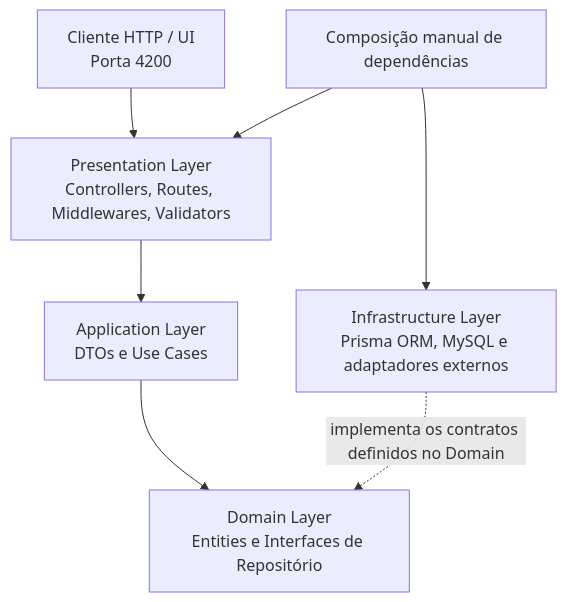
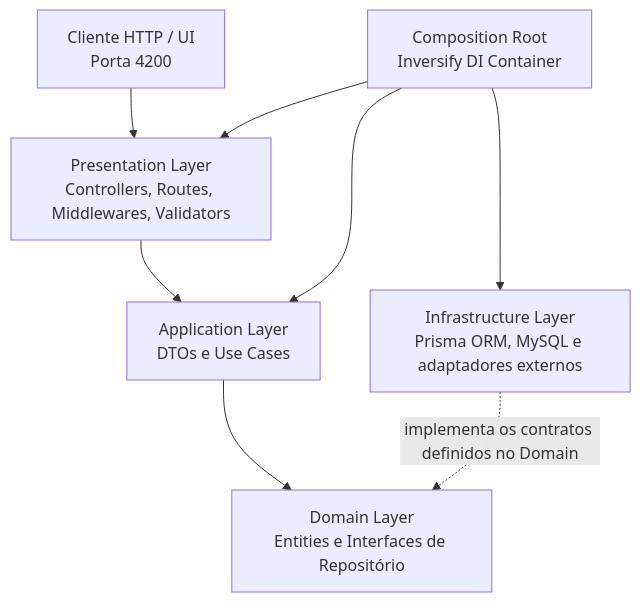
The diagram in README.md (DiegoSantos18/NATIVE.CustomerManagement.API), drawn with Mermaid before and after one commit. The commit also changed other lines of this file, not shown here.

````diff
--- a/README.md
+++ b/README.md
@@ -24,9 +27,10 @@
 ```mermaid
 graph TD
     Client["Cliente HTTP / UI<br/>Porta 4200"] --> Presentation["Presentation Layer<br/>Controllers, Routes, Middlewares, Validators"]
     Presentation --> Application["Application Layer<br/>DTOs e Use Cases"]
     Application --> Domain["Domain Layer<br/>Entities e Interfaces de Repositório"]
     Infrastructure["Infrastructure Layer<br/>Prisma ORM, MySQL e adaptadores externos"] -. "implementa os contratos definidos no Domain" .-> Domain
-    Composition["Composição manual de dependências"] --> Presentation
+    Composition["Composition Root<br/>Inversify DI Container"] --> Presentation
+    Composition --> Application
     Composition --> Infrastructure
 ```
````
